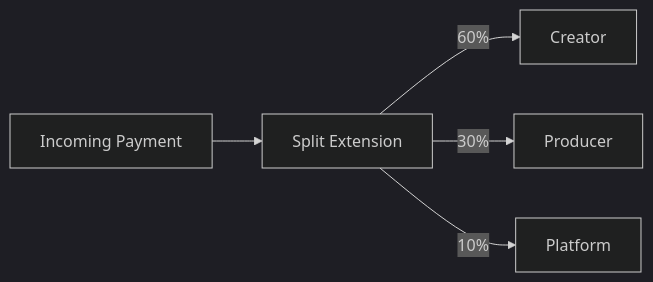
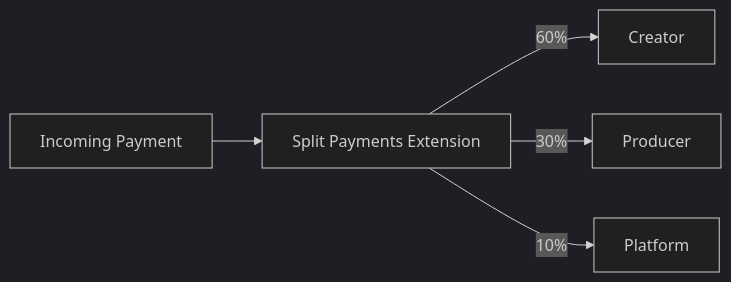
One commit to lndocs/lndocs.github.io changed the fifth of 7 diagrams in docs/guides/use-cases.md. Above: the diagram before and after it, drawn with Mermaid (dark theme). The commit also changed other lines of this file and 22 other files, not shown here.

First line of the commit message:
Rewrite architecture, guides, development, FAQ and resources for v1.6.2 (#5)

````diff
--- a/docs/guides/use-cases.md
+++ b/docs/guides/use-cases.md
@@ -163,7 +171,7 @@
 ```mermaid
 flowchart LR
-    Payment["Incoming Payment"] --> Split["Split Extension"]
+    Payment["Incoming Payment"] --> Split["Split Payments Extension"]
     Split -->|"60%"| Creator["Creator"]
     Split -->|"30%"| Producer["Producer"]
     Split -->|"10%"| Platform["Platform"]
 ```
````
